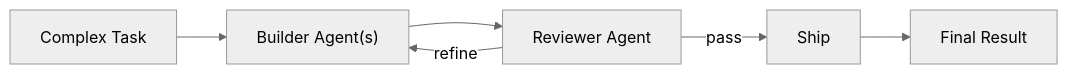
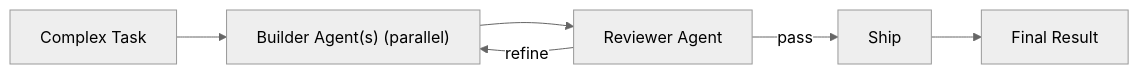
The third of 3 diagrams in README.md (Alex663028/pulse-agent), drawn with Mermaid (neutral theme) before and after one commit. The commit also changed other lines of this file and 1 other file, not shown here.

````diff
--- a/README.md
+++ b/README.md
@@ -143,8 +151,8 @@
 ```mermaid
 graph LR
-    TASK["Complex Task"] --> BUILDER["Builder Agent(s)"]
+    TASK["Complex Task"] --> BUILDER["Builder Agent(s) (parallel)"]
     BUILDER --> REVIEWER["Reviewer Agent"]
     REVIEWER -->|pass| SHIP["Ship"]
     REVIEWER -->|refine| BUILDER
     SHIP --> RESULT["Final Result"]
 ```
````
